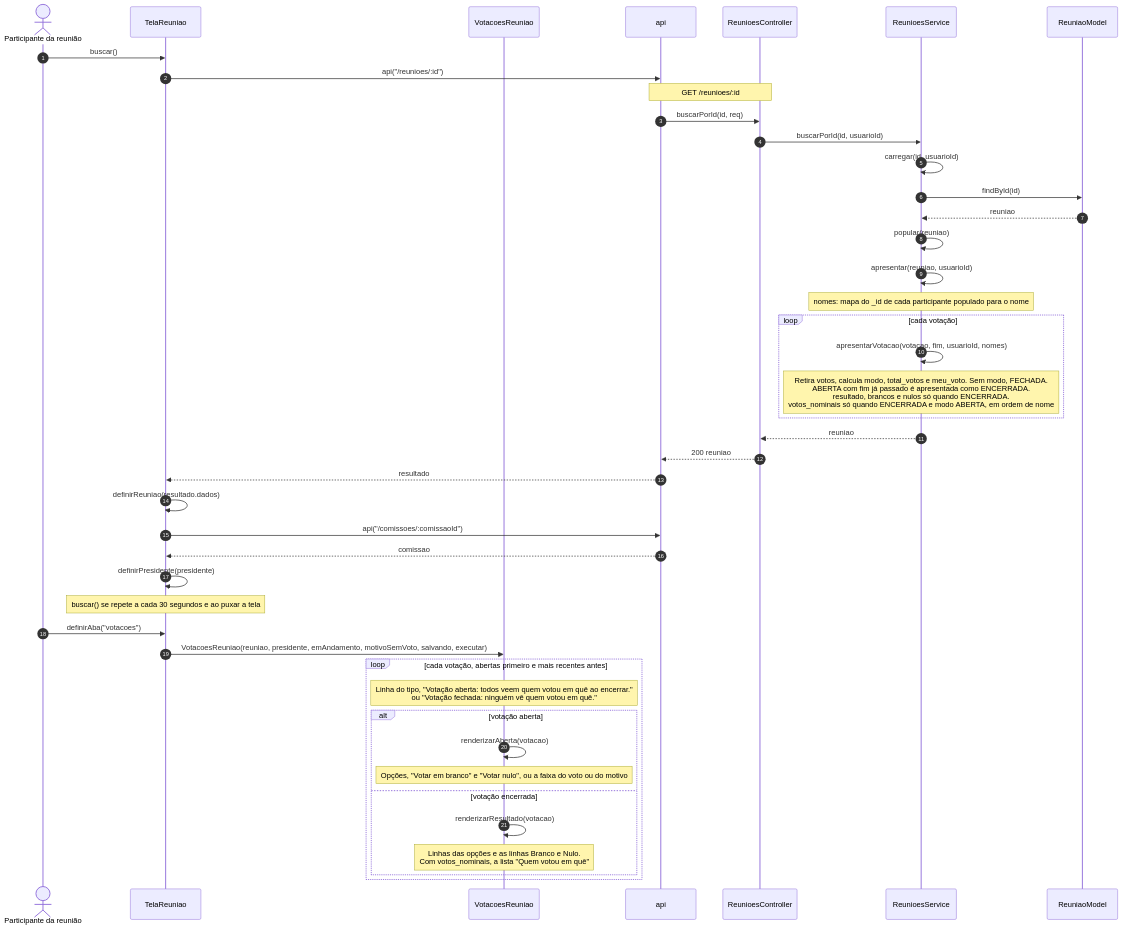
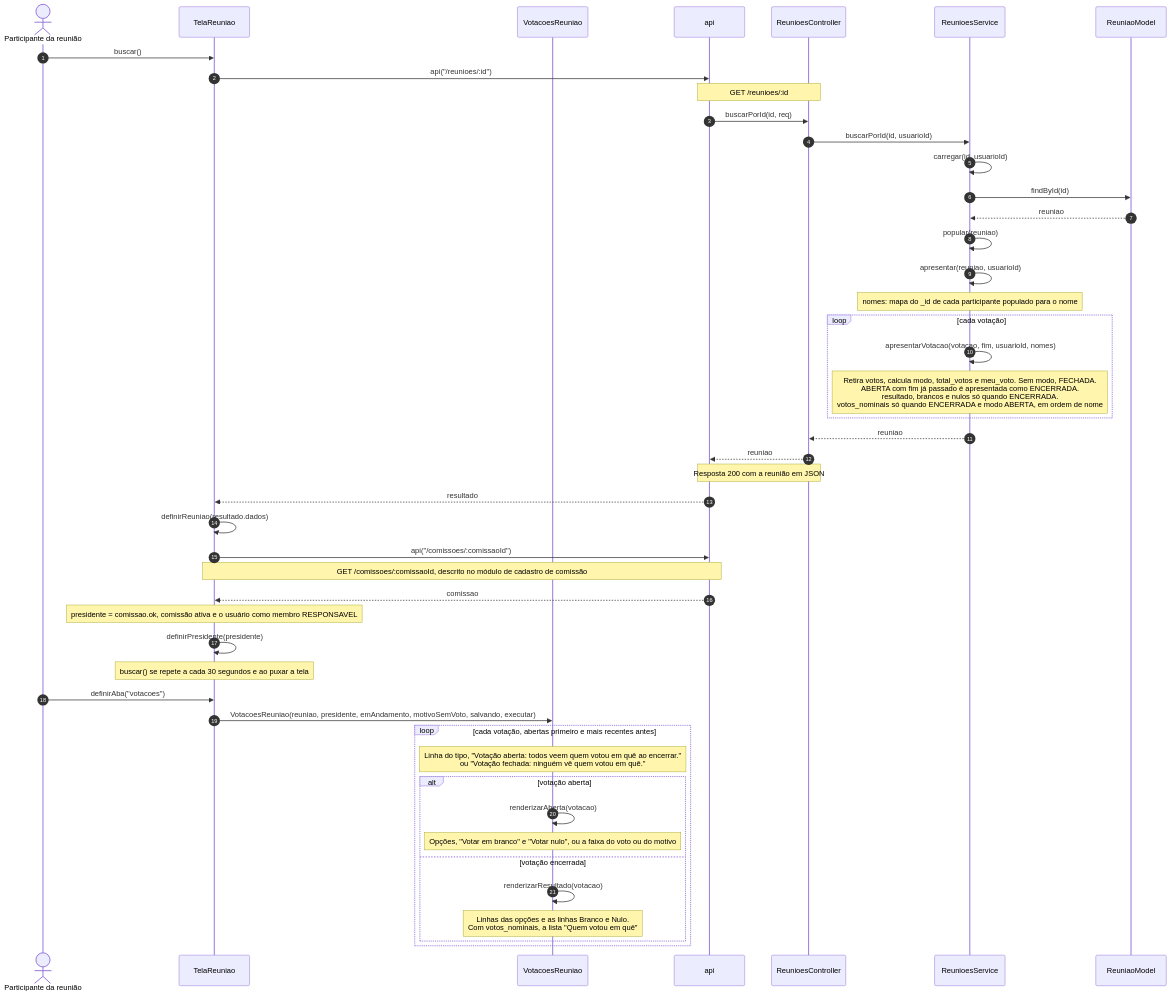
One commit to Conecta-IFSP/DOCUMENTATION changed the fourth of 4 diagrams in 4 - Incremento 3/votacao/6 - diagramas-sequencia-votacao.md. Above: the diagram before and after it, drawn with Mermaid. The commit also changed other lines of this file and 97 other files, not shown here.

````diff
--- a/4 - Incremento 3/votacao/6 - diagramas-sequencia-votacao.md
+++ b/4 - Incremento 3/votacao/6 - diagramas-sequencia-votacao.md
@@ -174,46 +193,49 @@
 ```mermaid
 sequenceDiagram
     autonumber
     actor U as Participante da reunião
     participant T as TelaReuniao
     participant V as VotacoesReuniao
     participant A as api
     participant C as ReunioesController
     participant S as ReunioesService
     participant M as ReuniaoModel
     U->>T: buscar()
     T->>A: api("/reunioes/:id")
     Note over A,C: GET /reunioes/:id
     A->>C: buscarPorId(id, req)
     C->>S: buscarPorId(id, usuarioId)
     S->>S: carregar(id, usuarioId)
     S->>M: findById(id)
     M-->>S: reuniao
     S->>S: popular(reuniao)
     S->>S: apresentar(reuniao, usuarioId)
     Note over S: nomes: mapa do _id de cada participante populado para o nome
     loop cada votação
         S->>S: apresentarVotacao(votacao, fim, usuarioId, nomes)
         Note over S: Retira votos, calcula modo, total_votos e meu_voto. Sem modo, FECHADA.<br/>ABERTA com fim já passado é apresentada como ENCERRADA.<br/>resultado, brancos e nulos só quando ENCERRADA.<br/>votos_nominais só quando ENCERRADA e modo ABERTA, em ordem de nome
     end
     S-->>C: reuniao
-    C-->>A: 200 reuniao
+    C-->>A: reuniao
+    Note over A,C: Resposta 200 com a reunião em JSON
     A-->>T: resultado
     T->>T: definirReuniao(resultado.dados)
     T->>A: api("/comissoes/:comissaoId")
+    Note over T,A: GET /comissoes/:comissaoId, descrito no módulo de cadastro de comissão
     A-->>T: comissao
+    Note over T: presidente = comissao.ok, comissão ativa e o usuário como membro RESPONSAVEL
     T->>T: definirPresidente(presidente)
     Note over T: buscar() se repete a cada 30 segundos e ao puxar a tela
     U->>T: definirAba("votacoes")
     T->>V: VotacoesReuniao(reuniao, presidente, emAndamento, motivoSemVoto, salvando, executar)
     loop cada votação, abertas primeiro e mais recentes antes
         Note over V: Linha do tipo, "Votação aberta: todos veem quem votou em quê ao encerrar."<br/>ou "Votação fechada: ninguém vê quem votou em quê."
         alt votação aberta
             V->>V: renderizarAberta(votacao)
             Note over V: Opções, "Votar em branco" e "Votar nulo", ou a faixa do voto ou do motivo
         else votação encerrada
             V->>V: renderizarResultado(votacao)
             Note over V: Linhas das opções e as linhas Branco e Nulo.<br/>Com votos_nominais, a lista "Quem votou em quê"
         end
     end
 ```
````
